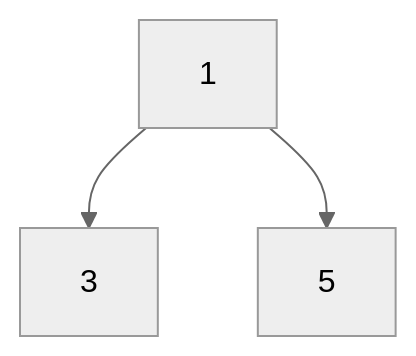
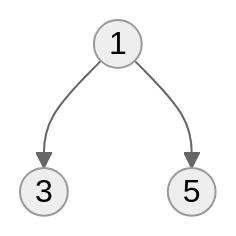
The first of 15 diagrams in cst/6binnode/Ex6a2binnode.md (3strategy/BeautifulMivney), drawn with Mermaid (neutral theme) before and after one commit. The commit also changed other lines of this file and 3 other files, not shown here.

````diff
--- a/cst/6binnode/Ex6a2binnode.md
+++ b/cst/6binnode/Ex6a2binnode.md
@@ -30,5 +30,5 @@
     ```mermaid
     flowchart TB
-      A[1] --> B[3]:::leaf
-      A --> C[5]:::leaf
+      A((1)) --> B((3)):::leaf
+      A --> C((5)):::leaf
     ```
````
